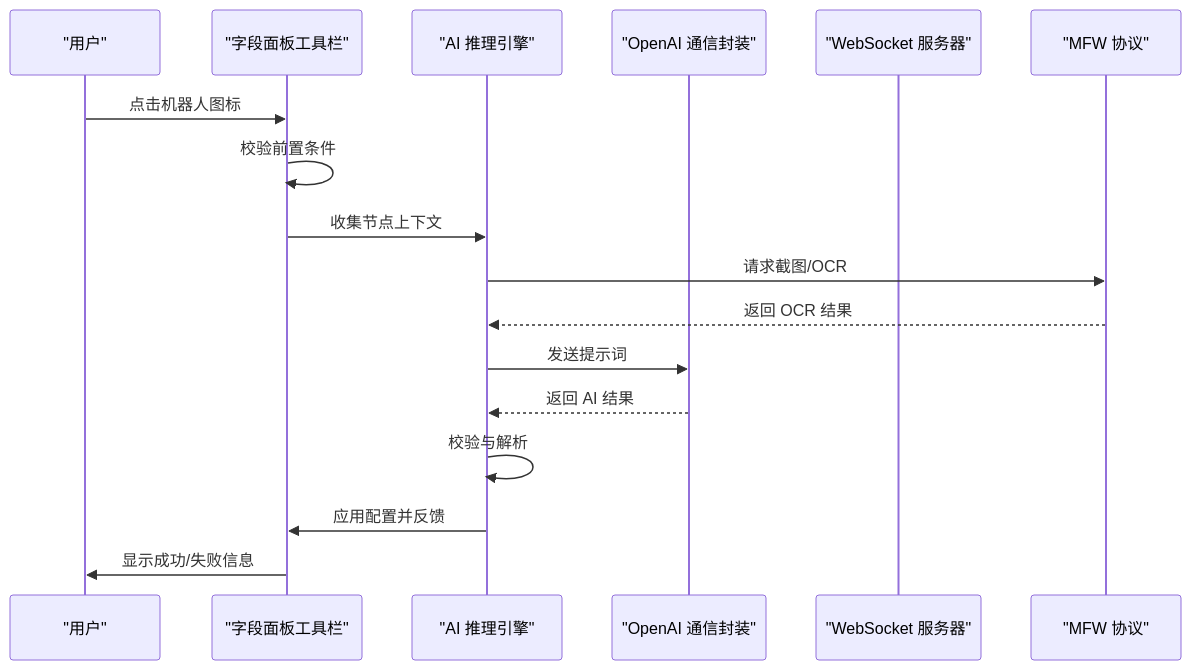
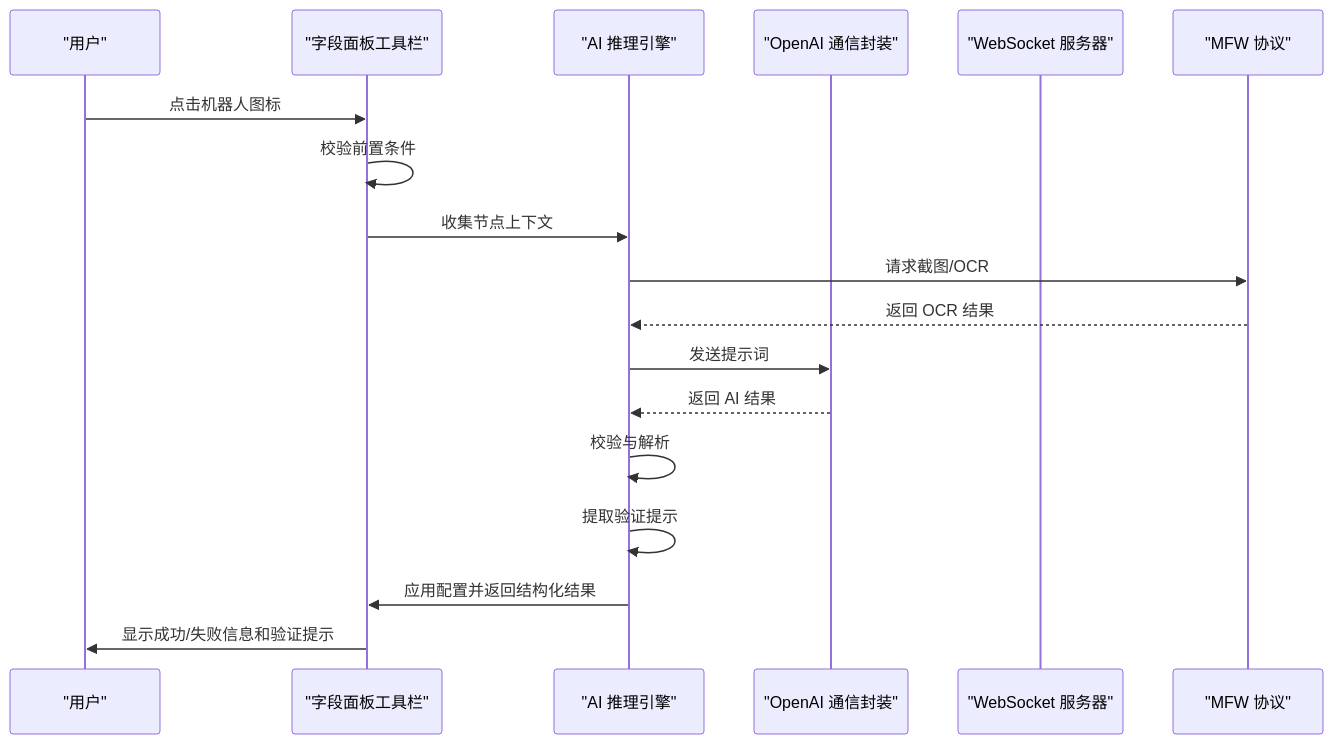
The second of 9 diagrams in .qoder/repowiki/zh/content/AI辅助功能/推理预测系统.md (kqcoxn/MaaPipelineEditor), drawn with Mermaid before and after one commit. The commit also changed other lines of this file and 19 other files, not shown here.

````diff
--- a/.qoder/repowiki/zh/content/AI辅助功能/推理预测系统.md
+++ b/.qoder/repowiki/zh/content/AI辅助功能/推理预测系统.md
@@ -107,19 +121,20 @@
 ```mermaid
 sequenceDiagram
 participant User as "用户"
 participant UI as "字段面板工具栏"
 participant Predictor as "AI 推理引擎"
 participant OpenAI as "OpenAI 通信封装"
 participant WS as "WebSocket 服务器"
 participant MFW as "MFW 协议"
 User->>UI : 点击机器人图标
 UI->>UI : 校验前置条件
 UI->>Predictor : 收集节点上下文
 Predictor->>MFW : 请求截图/OCR
 MFW-->>Predictor : 返回 OCR 结果
 Predictor->>OpenAI : 发送提示词
 OpenAI-->>Predictor : 返回 AI 结果
 Predictor->>Predictor : 校验与解析
-Predictor->>UI : 应用配置并反馈
-UI->>User : 显示成功/失败信息
+Predictor->>Predictor : 提取验证提示
+Predictor->>UI : 应用配置并返回结构化结果
+UI->>User : 显示成功/失败信息和验证提示
 ```
````
